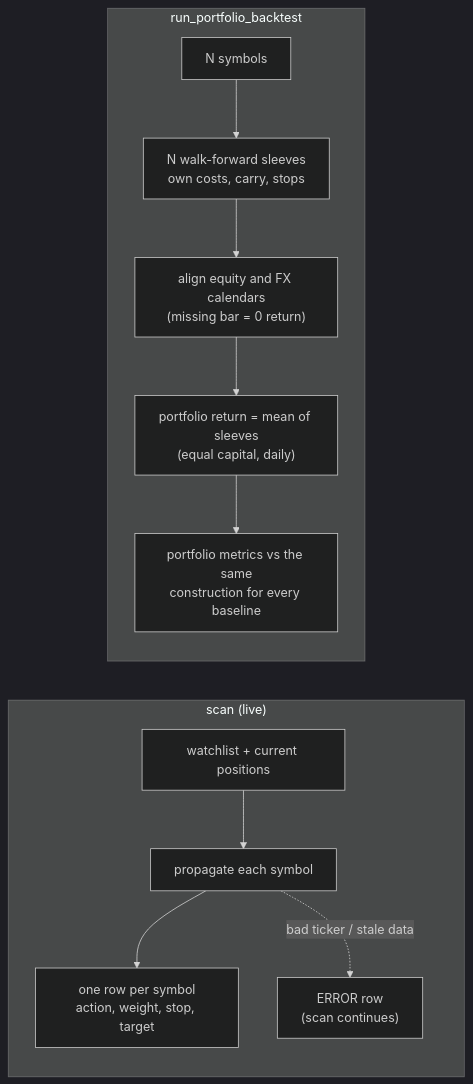
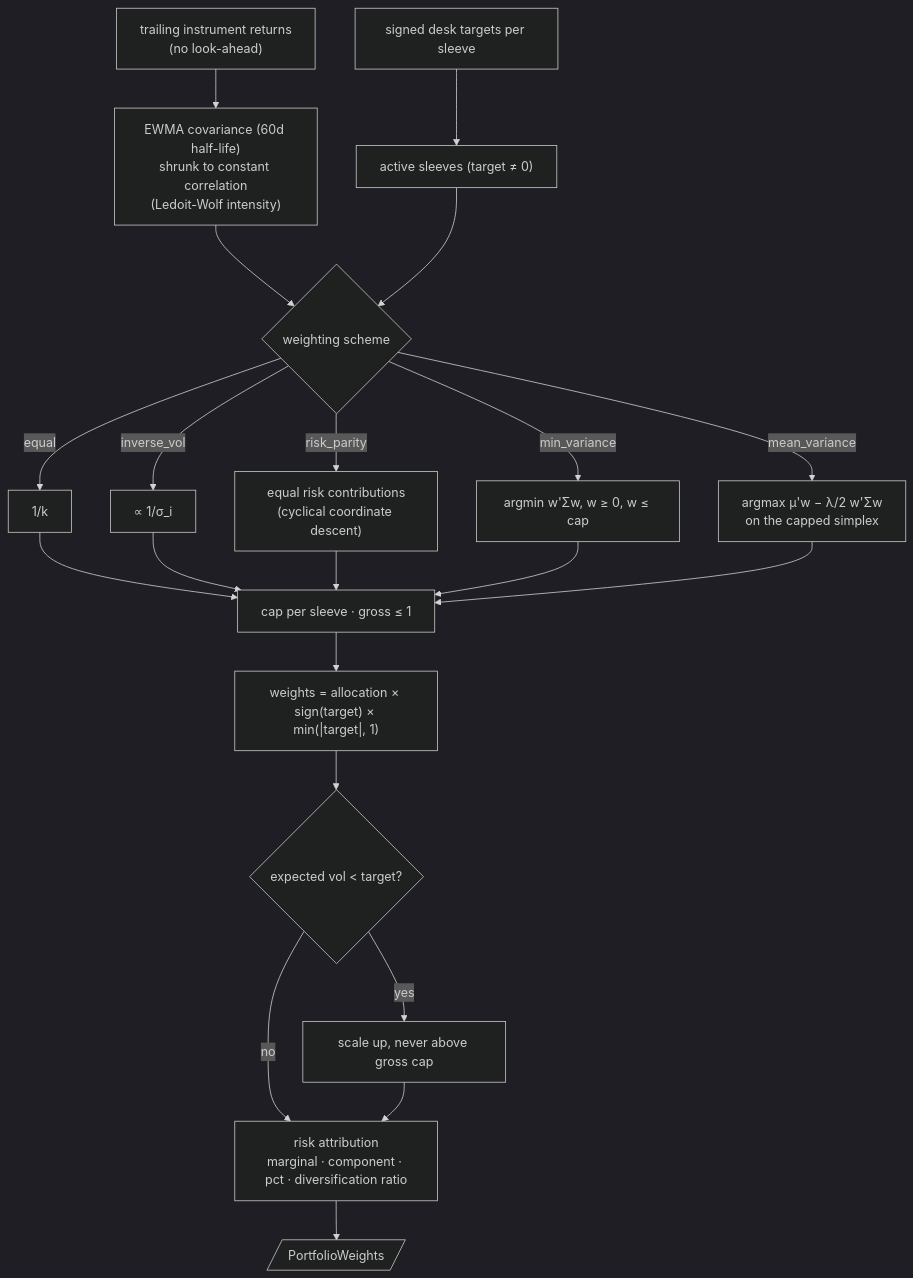
Before and after one commit to AshJha0/agentic-trader: diagram 22 of 24 in docs/DIAGRAMS.md, drawn with Mermaid (dark theme). The commit also changed other lines of this file and 70 other files, not shown here.

````diff
--- a/docs/DIAGRAMS.md
+++ b/docs/DIAGRAMS.md
@@ -295,14 +609,23 @@
 ```mermaid
-flowchart LR
-    subgraph Live["scan (live)"]
-        WL["watchlist + current positions"] --> LOOP["propagate each symbol"]
-        LOOP --> ROWS["one row per symbol<br/>action, weight, stop, target"]
-        LOOP -. "bad ticker / stale data" .-> ERR["ERROR row<br/>(scan continues)"]
-    end
-    subgraph Research["run_portfolio_backtest"]
-        SY["N symbols"] --> SL["N walk-forward sleeves<br/>own costs, carry, stops"]
-        SL --> AL["align equity and FX calendars<br/>(missing bar = 0 return)"]
-        AL --> AVG["portfolio return = mean of sleeves<br/>(equal capital, daily)"]
-        AVG --> MET["portfolio metrics vs the same<br/>construction for every baseline"]
-    end
+flowchart TD
+    T["signed desk targets per sleeve"] --> ACT["active sleeves (target ≠ 0)"]
+    R["trailing instrument returns<br/>(no look-ahead)"] --> COV["EWMA covariance (60d half-life)<br/>shrunk to constant correlation<br/>(Ledoit-Wolf intensity)"]
+    COV --> SCH{"weighting scheme"}
+    ACT --> SCH
+    SCH -- equal --> A1["1/k"]
+    SCH -- inverse_vol --> A2["∝ 1/σ_i"]
+    SCH -- risk_parity --> A3["equal risk contributions<br/>(cyclical coordinate descent)"]
+    SCH -- min_variance --> A4["argmin w'Σw, w ≥ 0, w ≤ cap"]
+    SCH -- mean_variance --> A5["argmax μ'w − λ/2 w'Σw<br/>on the capped simplex"]
+    A1 --> CAP["cap per sleeve · gross ≤ 1"]
+    A2 --> CAP
+    A3 --> CAP
+    A4 --> CAP
+    A5 --> CAP
+    CAP --> SIGN["weights = allocation × sign(target) × min(|target|, 1)"]
+    SIGN --> VT{"expected vol < target?"}
+    VT -- yes --> SCALE["scale up, never above gross cap"]
+    VT -- no --> RISK
+    SCALE --> RISK["risk attribution<br/>marginal · component · pct · diversification ratio"]
+    RISK --> OUT[/PortfolioWeights/]
 ```
````
